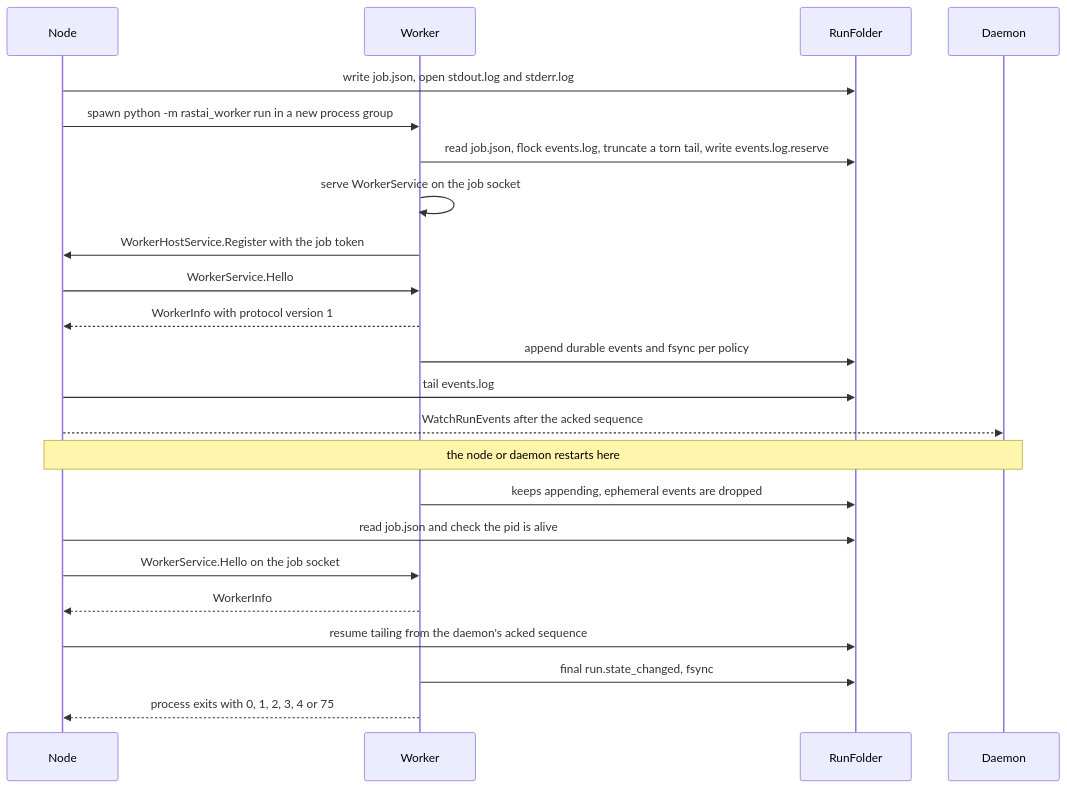
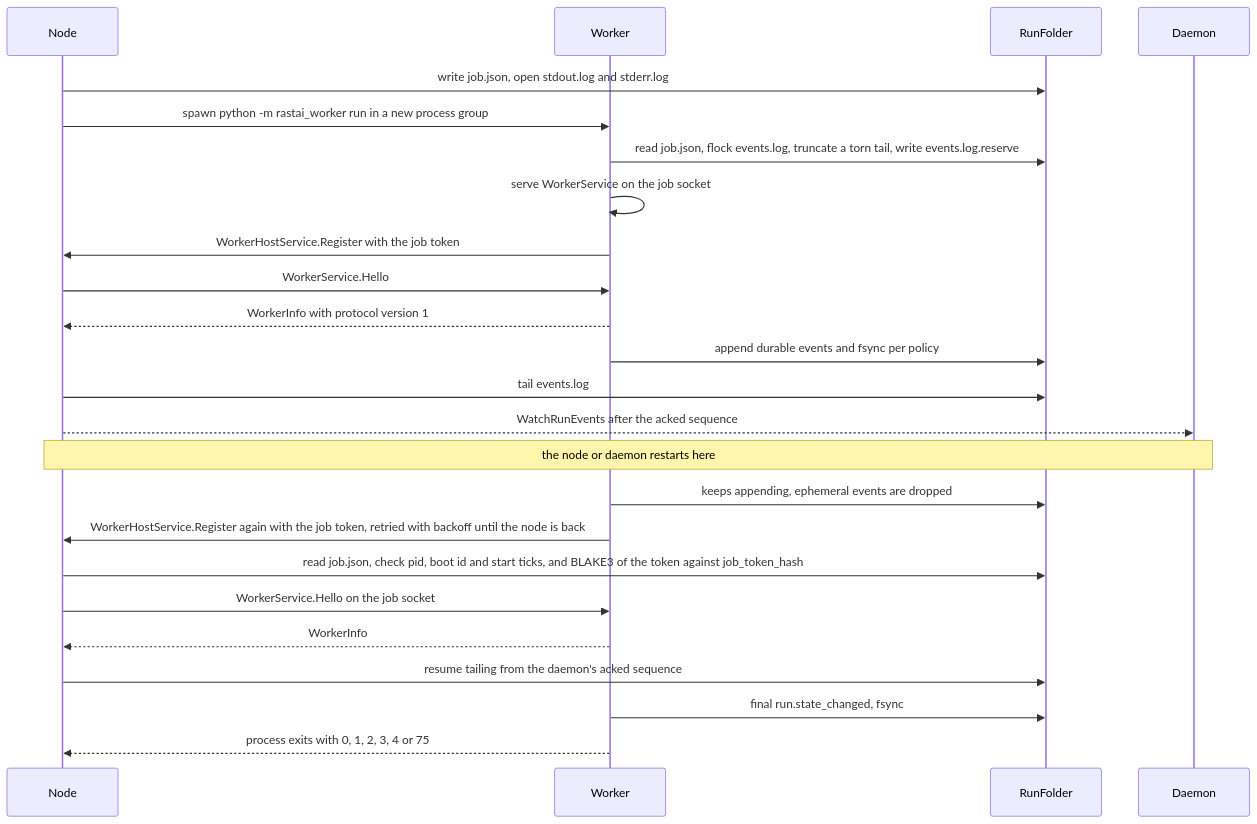
Before and after one commit to Snubiss/RASTAI-Research-Studio: the sixth of 7 diagrams in docs/architecture/layout/python.md, drawn with Mermaid. The commit also changed other lines of this file and 44 other files, not shown here.

````diff
--- a/docs/architecture/layout/python.md
+++ b/docs/architecture/layout/python.md
@@ -1359,25 +1507,26 @@
 ```mermaid
 sequenceDiagram
   participant N as Node
   participant W as Worker
   participant F as RunFolder
   participant D as Daemon
   N->>F: write job.json, open stdout.log and stderr.log
   N->>W: spawn python -m rastai_worker run in a new process group
   W->>F: read job.json, flock events.log, truncate a torn tail, write events.log.reserve
   W->>W: serve WorkerService on the job socket
   W->>N: WorkerHostService.Register with the job token
   N->>W: WorkerService.Hello
   W-->>N: WorkerInfo with protocol version 1
   W->>F: append durable events and fsync per policy
   N->>F: tail events.log
   N-->>D: WatchRunEvents after the acked sequence
   Note over N,D: the node or daemon restarts here
   W->>F: keeps appending, ephemeral events are dropped
-  N->>F: read job.json and check the pid is alive
+  W->>N: WorkerHostService.Register again with the job token, retried with backoff until the node is back
+  N->>F: read job.json, check pid, boot id and start ticks, and BLAKE3 of the token against job_token_hash
   N->>W: WorkerService.Hello on the job socket
   W-->>N: WorkerInfo
   N->>F: resume tailing from the daemon's acked sequence
   W->>F: final run.state_changed, fsync
   W-->>N: process exits with 0, 1, 2, 3, 4 or 75
 ```
````
